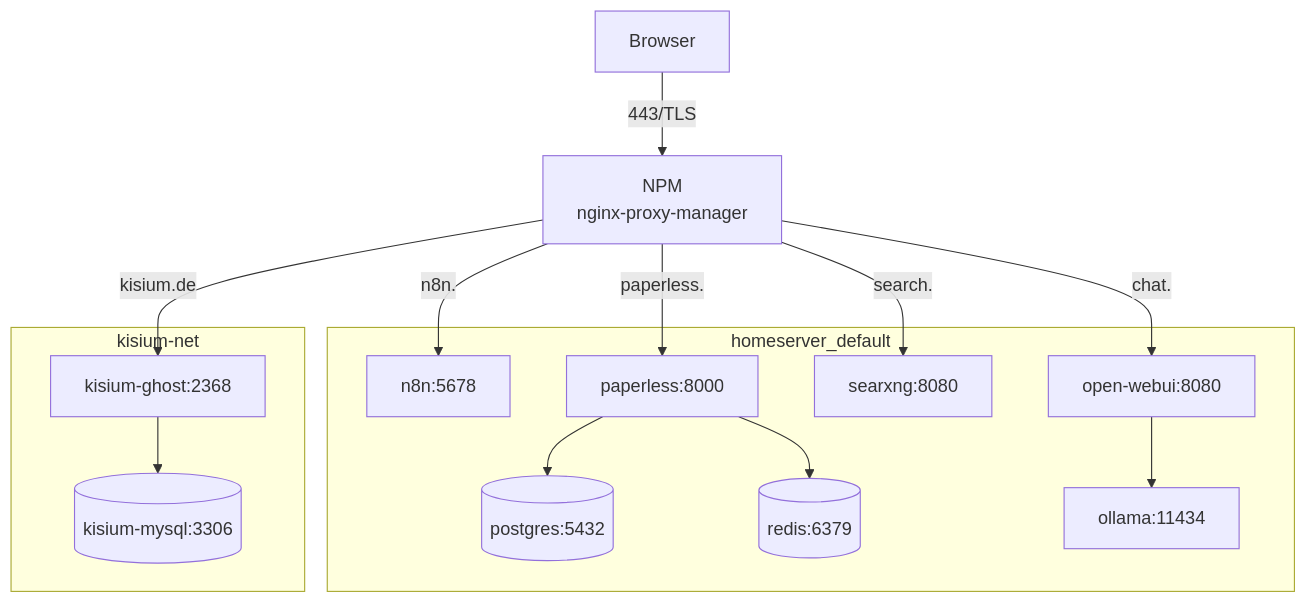
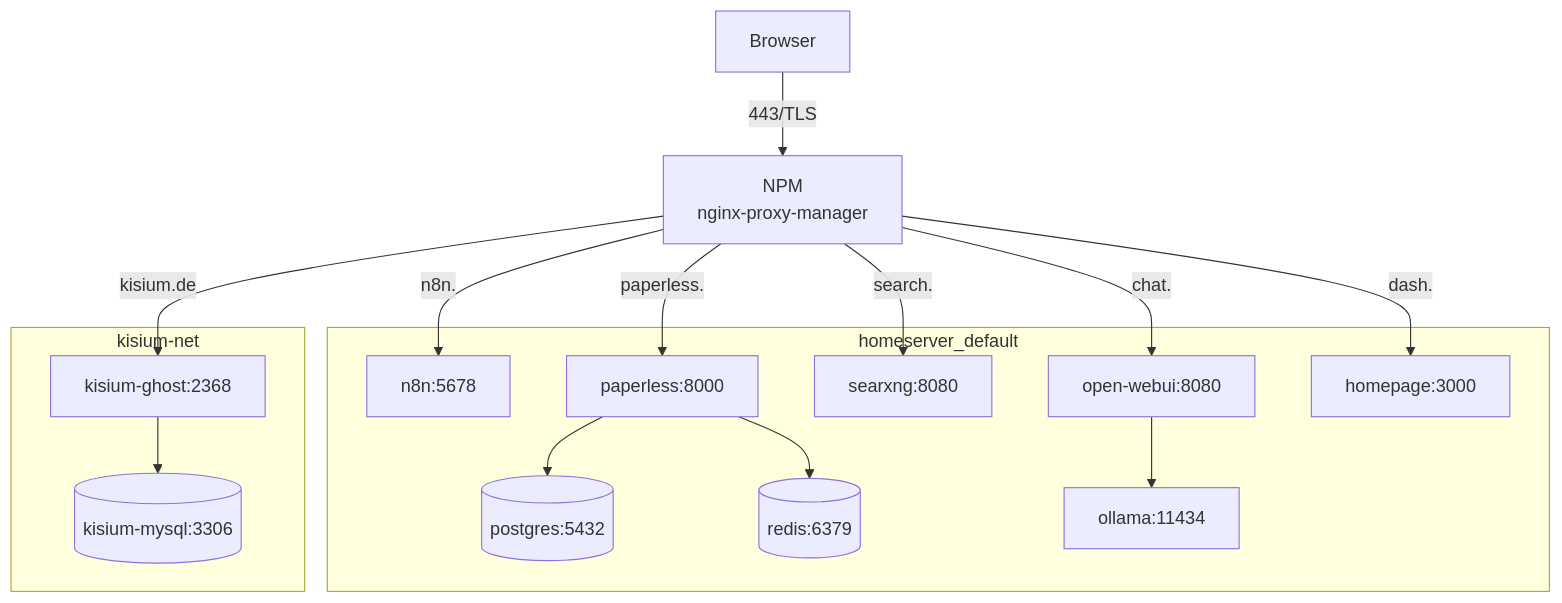
The diagram in docs/architektur.md (tobias-peine/homelab), drawn with Mermaid before and after one commit. The commit also changed other lines of this file and 5 other files, not shown here.

````diff
--- a/docs/architektur.md
+++ b/docs/architektur.md
@@ -8,29 +8,31 @@
 ```mermaid
 flowchart TB
     U[Browser] -->|"443/TLS"| NPM["NPM<br/>nginx-proxy-manager"]
 
     subgraph HS["homeserver_default"]
         N8N["n8n:5678"]
         OWUI["open-webui:8080"]
         SX["searxng:8080"]
         PL["paperless:8000"]
         PG[(postgres:5432)]
         RD[(redis:6379)]
         OL["ollama:11434"]
+        HP["homepage:3000"]
     end
 
     subgraph KI["kisium-net"]
         G["kisium-ghost:2368"]
         MY[(kisium-mysql:3306)]
     end
 
     NPM -->|"kisium.de"| G
     NPM -->|"n8n.<domain>"| N8N
     NPM -->|"chat.<domain>"| OWUI
     NPM -->|"search.<domain>"| SX
     NPM -->|"paperless.<domain>"| PL
+    NPM -->|"dash.<domain>"| HP
     G --> MY
     PL --> PG
     PL --> RD
     OWUI --> OL
 ```
````
